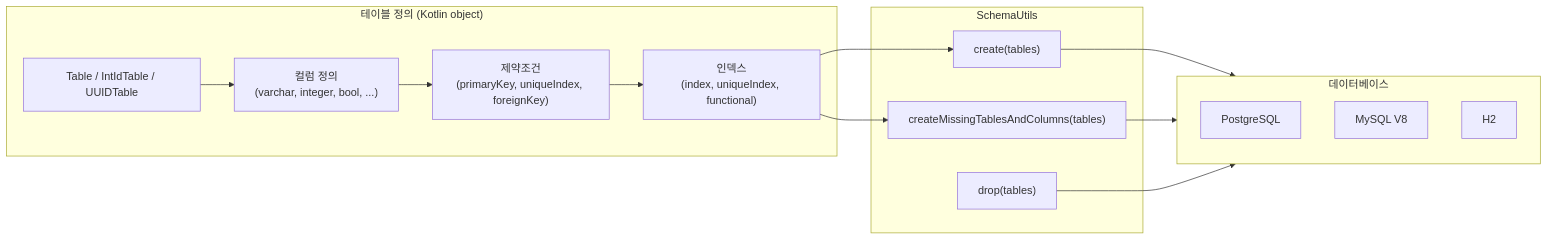
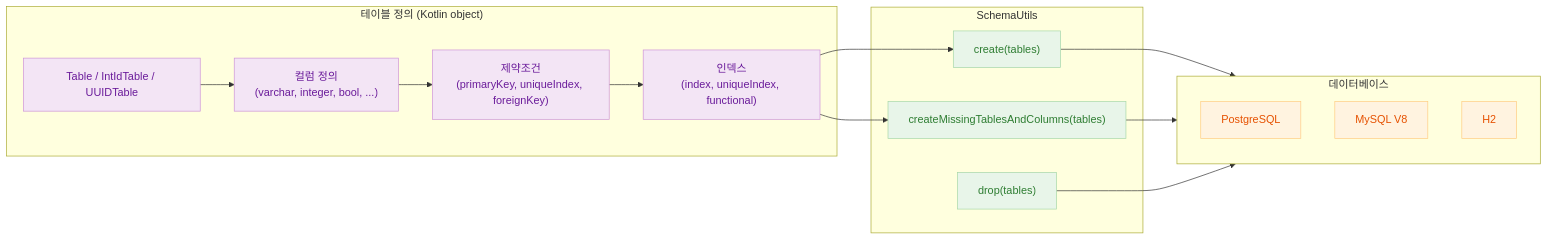
One commit to bluetape4k/exposed-workshop changed the first of 3 diagrams in 04-exposed-ddl/02-ddl/README.md. Above: the diagram before and after it, drawn with Mermaid. The commit also changed other lines of this file and 56 other files, not shown here.

First line of the commit message:
docs: 전체 README mermaid 다이어그램에 파스텔 톤 색상 적용

````diff
--- a/04-exposed-ddl/02-ddl/README.md
+++ b/04-exposed-ddl/02-ddl/README.md
@@ -24,26 +24,34 @@
 ```mermaid
 flowchart LR
     subgraph TableDef["테이블 정의 (Kotlin object)"]
         T1["Table / IntIdTable / UUIDTable"]
         COL["컬럼 정의\n(varchar, integer, bool, ...)"]
         CONS["제약조건\n(primaryKey, uniqueIndex, foreignKey)"]
         IDX["인덱스\n(index, uniqueIndex, functional)"]
     end
 
     subgraph SchemaUtils["SchemaUtils"]
         CR["create(tables)"]
         CM["createMissingTablesAndColumns(tables)"]
         DR["drop(tables)"]
     end
 
     subgraph DB["데이터베이스"]
         PG["PostgreSQL"]
         MY["MySQL V8"]
         H2["H2"]
     end
 
     T1 --> COL --> CONS --> IDX
     IDX --> CR & CM
     CR & CM --> DB
     DR --> DB
+
+    classDef purple fill:#F3E5F5,stroke:#CE93D8,color:#6A1B9A
+    classDef green fill:#E8F5E9,stroke:#A5D6A7,color:#2E7D32
+    classDef orange fill:#FFF3E0,stroke:#FFCC80,color:#E65100
+
+    class T1,COL,CONS,IDX purple
+    class CR,CM,DR green
+    class PG,MY,H2 orange
 ```
````
